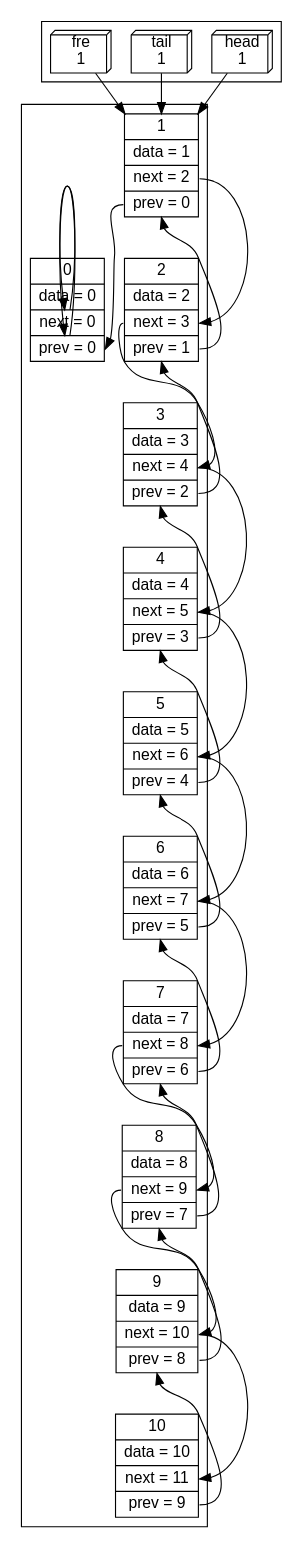
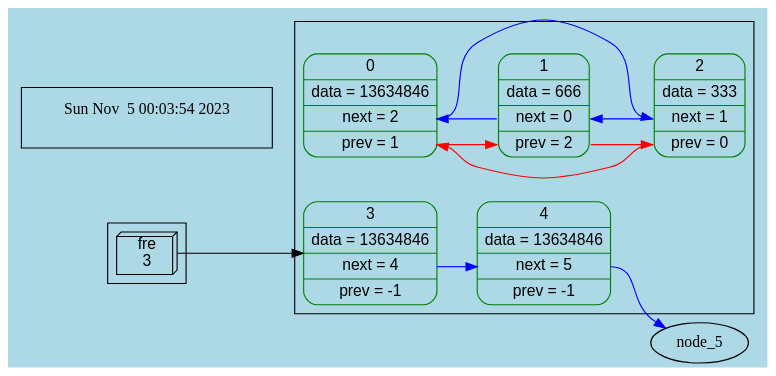
One commit to UjeNeTORT/HashFriendlyList changed the diagram in graph.dot. Above: the diagram before and after it, drawn with Graphviz. The commit also changed 7 other files, not shown here.

Commit message:
inserts and graphic dump work (beautiful), delete head and tail (use list[0] insted)

```diff
--- a/graph.dot
+++ b/graph.dot
@@ -1,45 +1,38 @@
-digraph list {
-layout=dot
-subgraph cluster_nodes {
-    node_0 [fontname="Helvetica, Arial, sans-serif"  shape = record, label = "{ 0 | data = 0 | <fnext> next = 0 | <fprev> prev = 0 }"];
-    node_1 [fontname="Helvetica, Arial, sans-serif"  shape = record, label = "{ 1 | data = 1 | <fnext> next = 2 | <fprev> prev = 0 }"];
-    node_2 [fontname="Helvetica, Arial, sans-serif"  shape = record, label = "{ 2 | data = 2 | <fnext> next = 3 | <fprev> prev = 1 }"];
-    node_3 [fontname="Helvetica, Arial, sans-serif"  shape = record, label = "{ 3 | data = 3 | <fnext> next = 4 | <fprev> prev = 2 }"];
-    node_4 [fontname="Helvetica, Arial, sans-serif"  shape = record, label = "{ 4 | data = 4 | <fnext> next = 5 | <fprev> prev = 3 }"];
-    node_5 [fontname="Helvetica, Arial, sans-serif"  shape = record, label = "{ 5 | data = 5 | <fnext> next = 6 | <fprev> prev = 4 }"];
-    node_6 [fontname="Helvetica, Arial, sans-serif"  shape = record, label = "{ 6 | data = 6 | <fnext> next = 7 | <fprev> prev = 5 }"];
-    node_7 [fontname="Helvetica, Arial, sans-serif"  shape = record, label = "{ 7 | data = 7 | <fnext> next = 8 | <fprev> prev = 6 }"];
-    node_8 [fontname="Helvetica, Arial, sans-serif"  shape = record, label = "{ 8 | data = 8 | <fnext> next = 9 | <fprev> prev = 7 }"];
-    node_9 [fontname="Helvetica, Arial, sans-serif"  shape = record, label = "{ 9 | data = 9 | <fnext> next = 10 | <fprev> prev = 8 }"];
-    node_10 [fontname="Helvetica, Arial, sans-serif"  shape = record, label = "{ 10 | data = 10 | <fnext> next = 11 | <fprev> prev = 9 }"];
+digraph list_1681692777 {
+rankdir = LR
+subgraph cluster_nodes_846930886 {
+    node_0 [fontname="Helvetica, Arial, sans-serif"style=rounded
+color = green
+ shape = record, label = " 0 | data = 13634846 | <fnext> next = 2 | <fprev> prev = 1 "];
+    node_1 [fontname="Helvetica, Arial, sans-serif"style=rounded
+color = green
+ shape = record, label = " 1 | data = 666 | <fnext> next = 0 | <fprev> prev = 2 "];
+    node_2 [fontname="Helvetica, Arial, sans-serif"style=rounded
+color = green
+ shape = record, label = " 2 | data = 333 | <fnext> next = 1 | <fprev> prev = 0 "];
+    node_3 [fontname="Helvetica, Arial, sans-serif"style=rounded
+color = green
+ shape = record, label = " 3 | data = 13634846 | <fnext> next = 4 | <fprev> prev = -1 "];
+    node_4 [fontname="Helvetica, Arial, sans-serif"style=rounded
+color = green
+ shape = record, label = " 4 | data = 13634846 | <fnext> next = 5 | <fprev> prev = -1 "];
 }
-val_head -> node_1;
-val_tail -> node_1;
-val_fre -> node_1;
-node_0: <fprev> -> node_0: <fprev>;
-node_1: <fprev> -> node_0: <fprev>;
-node_2: <fprev> -> node_1: <fprev>;
-node_3: <fprev> -> node_2: <fprev>;
-node_4: <fprev> -> node_3: <fprev>;
-node_5: <fprev> -> node_4: <fprev>;
-node_6: <fprev> -> node_5: <fprev>;
-node_7: <fprev> -> node_6: <fprev>;
-node_8: <fprev> -> node_7: <fprev>;
-node_9: <fprev> -> node_8: <fprev>;
-node_10: <fprev> -> node_9: <fprev>;
-node_0: <fnext> -> node_0: <fnext>;
-node_1: <fnext> -> node_2: <fnext>;
-node_2: <fnext> -> node_3: <fnext>;
-node_3: <fnext> -> node_4: <fnext>;
-node_4: <fnext> -> node_5: <fnext>;
-node_5: <fnext> -> node_6: <fnext>;
-node_6: <fnext> -> node_7: <fnext>;
-node_7: <fnext> -> node_8: <fnext>;
-node_8: <fnext> -> node_9: <fnext>;
-node_9: <fnext> -> node_10: <fnext>;
+val_fre -> node_3;
+node_0: <fnext> -> node_2: <fnext> [color = blue];
+node_1: <fnext> -> node_0: <fnext> [color = blue];
+node_2: <fnext> -> node_1: <fnext> [color = blue];
+node_3: <fnext> -> node_4: <fnext> [color = blue];
+node_4: <fnext> -> node_5: <fnext> [color = blue];
+node_0: <fprev> -> node_1: <fprev> [color = red];
+node_1: <fprev> -> node_2: <fprev> [color = red];
+node_2: <fprev> -> node_0: <fprev> [color = red];
 subgraph cluster_val {
-     val_head [ shape = box3d, fontname="Helvetica, Arial, sans-serif"  label = " head
-1 "]      val_tail [ shape = box3d, fontname="Helvetica, Arial, sans-serif"  label = " tail
-1 "]      val_fre  [ shape = box3d, fontname="Helvetica, Arial, sans-serif"  label = " fre
-1 "] }
+     val_fre  [ shape = box3d, fontname="Helvetica, Arial, sans-serif", label = " fre
+3 "];
 }
+bgcolor="lightblue"
+subgraph cluster_add_info_1804289383{
+node_add_info [shape = plaintext, label = " Sun Nov  5 00:03:54 2023
+ "];
+}
+}
```
